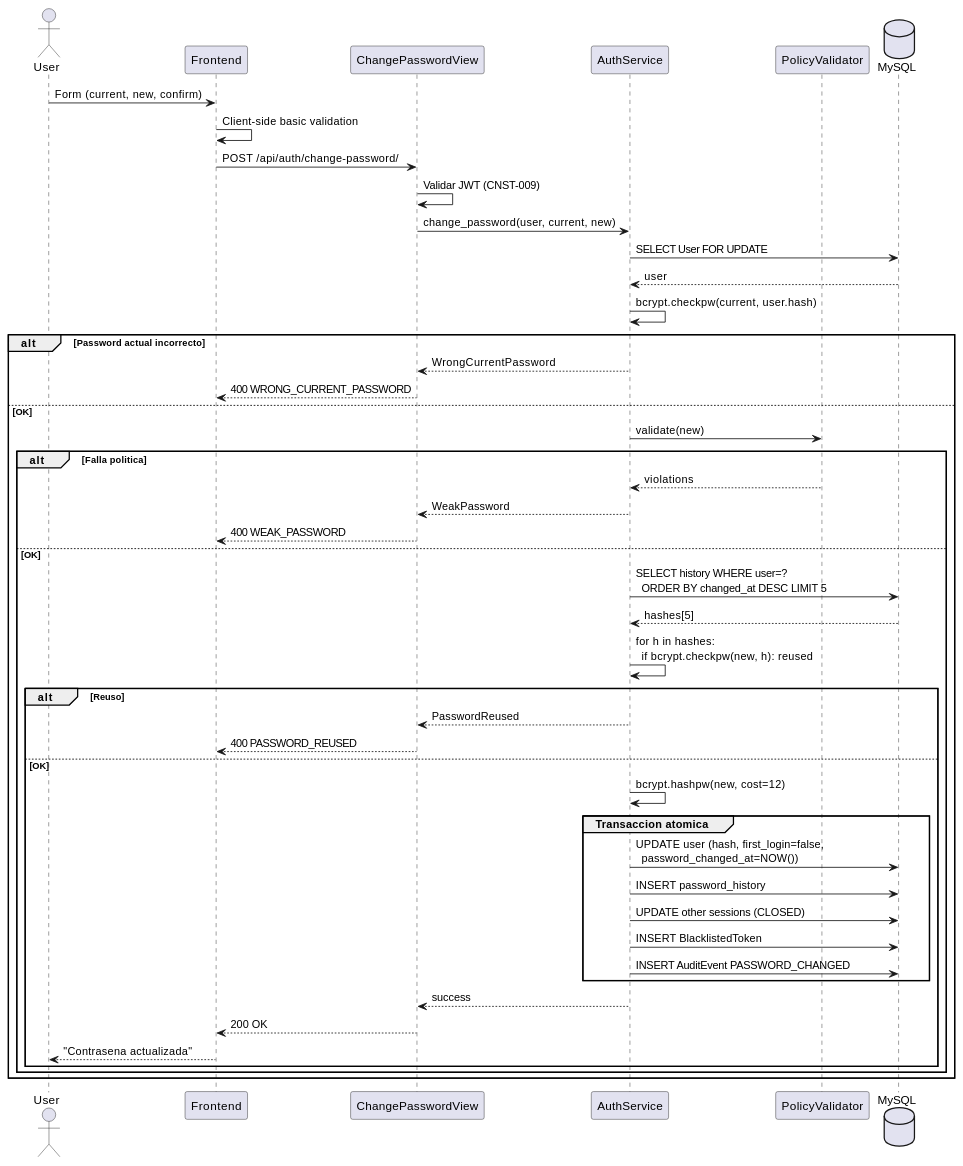
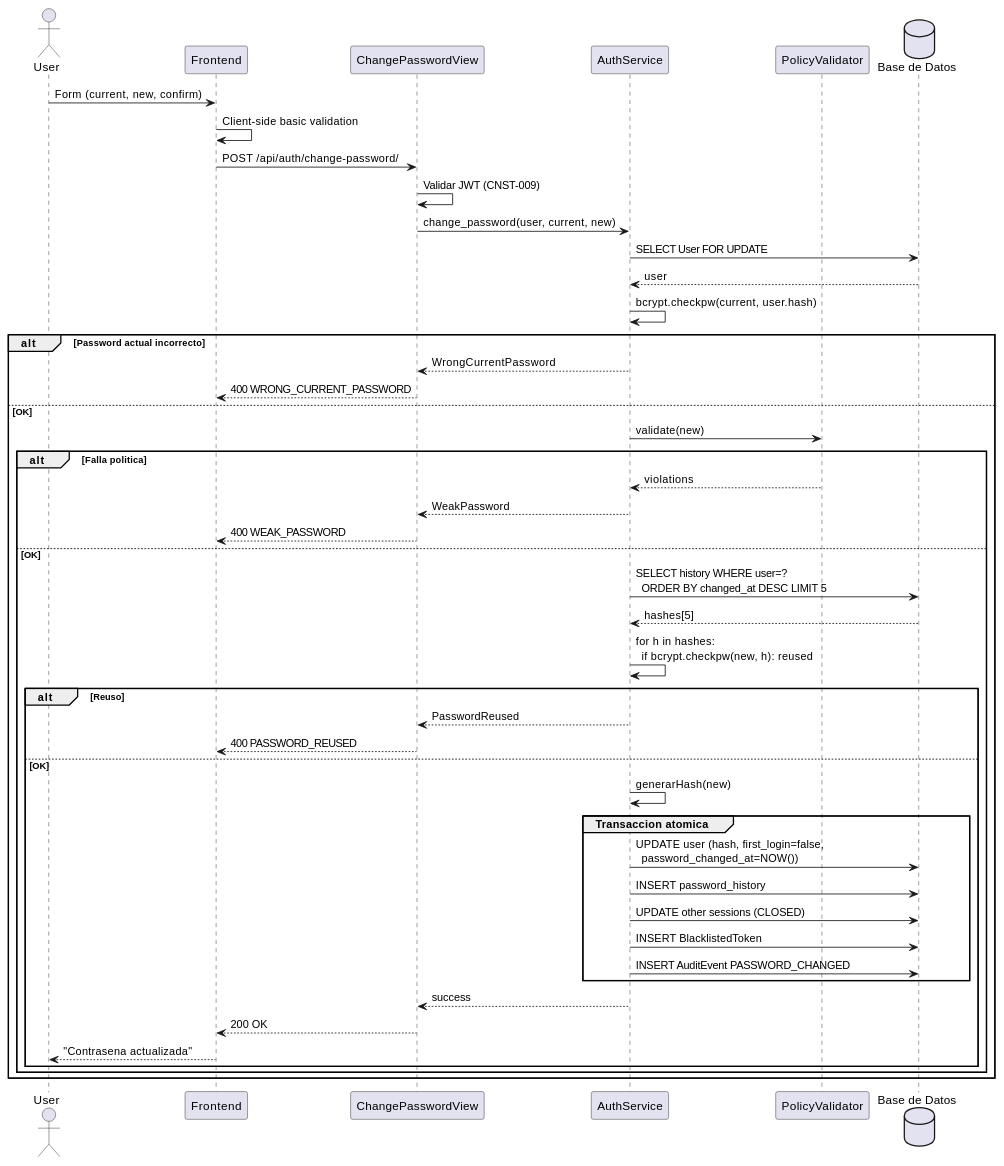
One commit to jcg-admin/IACT-docs changed the second of 4 diagrams in source/requisitos/casos-uso/auth/uc-auth-04/diagramas-uml.rst. Above: the diagram before and after it, drawn with PlantUML. The commit also changed other lines of this file and 48 other files, not shown here.

```diff
--- a/source/requisitos/casos-uso/auth/uc-auth-04/diagramas-uml.rst
+++ b/source/requisitos/casos-uso/auth/uc-auth-04/diagramas-uml.rst
@@ -48,56 +48,56 @@
 .. uml::
  :caption: UC_AUTH_04 — flujo principal
 
  @startuml
 
  actor User as U
  participant "Frontend" as FE
  participant "ChangePasswordView" as CV
  participant "AuthService" as AS
  participant "PolicyValidator" as PV
- database "MySQL" as DB
+ database "Base de Datos" as DB
 
  U -> FE: Form (current, new, confirm)
  FE -> FE: Client-side basic validation
  FE -> CV: POST /api/auth/change-password/
  CV -> CV: Validar JWT (CNST-009)
  CV -> AS: change_password(user, current, new)
 
  AS -> DB: SELECT User FOR UPDATE
  DB --> AS: user
  AS -> AS: bcrypt.checkpw(current, user.hash)
  alt Password actual incorrecto
    AS --> CV: WrongCurrentPassword
    CV --> FE: 400 WRONG_CURRENT_PASSWORD
  else OK
    AS -> PV: validate(new)
    alt Falla politica
      PV --> AS: violations
      AS --> CV: WeakPassword
      CV --> FE: 400 WEAK_PASSWORD
    else OK
      AS -> DB: SELECT history WHERE user=?\n  ORDER BY changed_at DESC LIMIT 5
      DB --> AS: hashes[5]
      AS -> AS: for h in hashes:\n  if bcrypt.checkpw(new, h): reused
      alt Reuso
        AS --> CV: PasswordReused
        CV --> FE: 400 PASSWORD_REUSED
      else OK
-       AS -> AS: bcrypt.hashpw(new, cost=12)
+       AS -> AS: generarHash(new)
 
        group Transaccion atomica
          AS -> DB: UPDATE user (hash, first_login=false,\n  password_changed_at=NOW())
          AS -> DB: INSERT password_history
          AS -> DB: UPDATE other sessions (CLOSED)
          AS -> DB: INSERT BlacklistedToken
          AS -> DB: INSERT AuditEvent PASSWORD_CHANGED
        end
 
        AS --> CV: success
        CV --> FE: 200 OK
        FE --> U: "Contrasena actualizada"
      end
    end
  end
 
  @enduml
```
